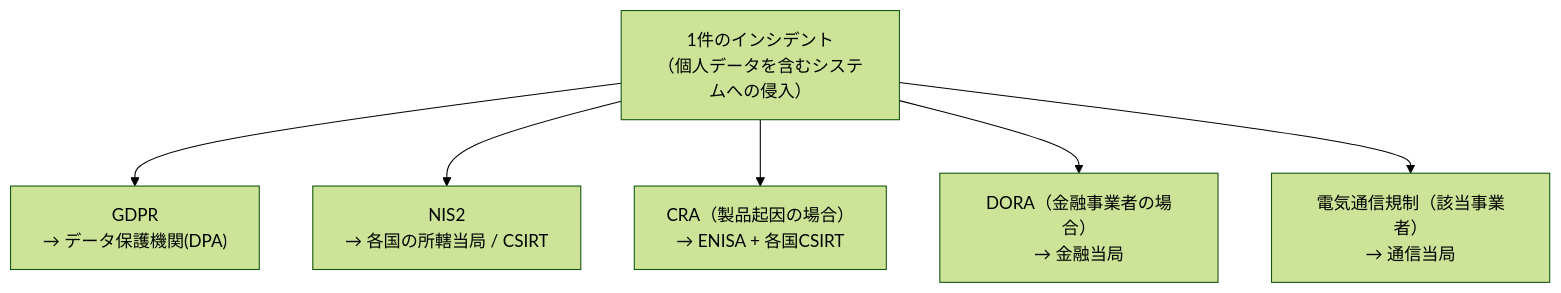
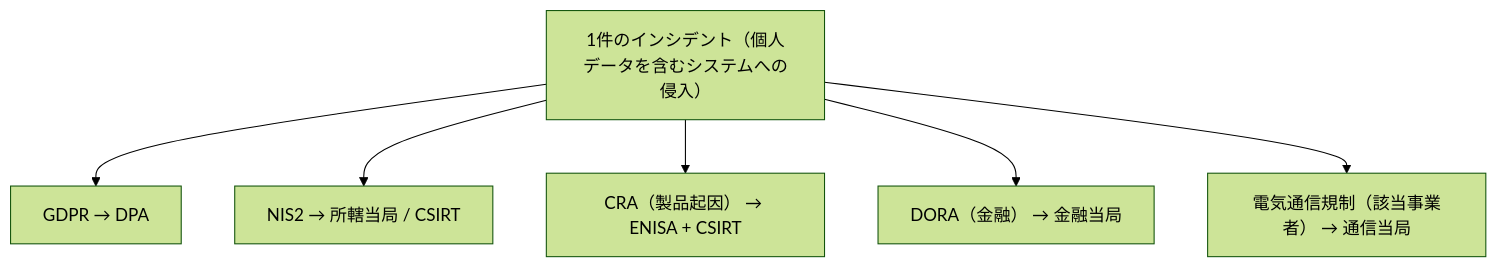
One commit to SomaTomita/sec-prep changed the diagram in topics/07_legal/03_regulatory-tsunami.md. Above: the diagram before and after it, drawn with Mermaid (forest theme). The commit also changed other lines of this file and 4 other files, not shown here.

````diff
--- a/topics/07_legal/03_regulatory-tsunami.md
+++ b/topics/07_legal/03_regulatory-tsunami.md
@@ -73,9 +66,9 @@
 ```mermaid
 flowchart TD
-    I["1件のインシデント<br/>（個人データを含むシステムへの侵入）"]
-    I --> G["GDPR<br/>→ データ保護機関(DPA)"]
-    I --> N["NIS2<br/>→ 各国の所轄当局 / CSIRT"]
-    I --> C["CRA（製品起因の場合）<br/>→ ENISA + 各国CSIRT"]
-    I --> D["DORA（金融事業者の場合）<br/>→ 金融当局"]
-    I --> T["電気通信規制（該当事業者）<br/>→ 通信当局"]
+    I["1件のインシデント（個人データを含むシステムへの侵入）"]
+    I --> G["GDPR → DPA"]
+    I --> N["NIS2 → 所轄当局 / CSIRT"]
+    I --> C["CRA（製品起因） → ENISA + CSIRT"]
+    I --> D["DORA（金融） → 金融当局"]
+    I --> T["電気通信規制（該当事業者） → 通信当局"]
 ```
````
